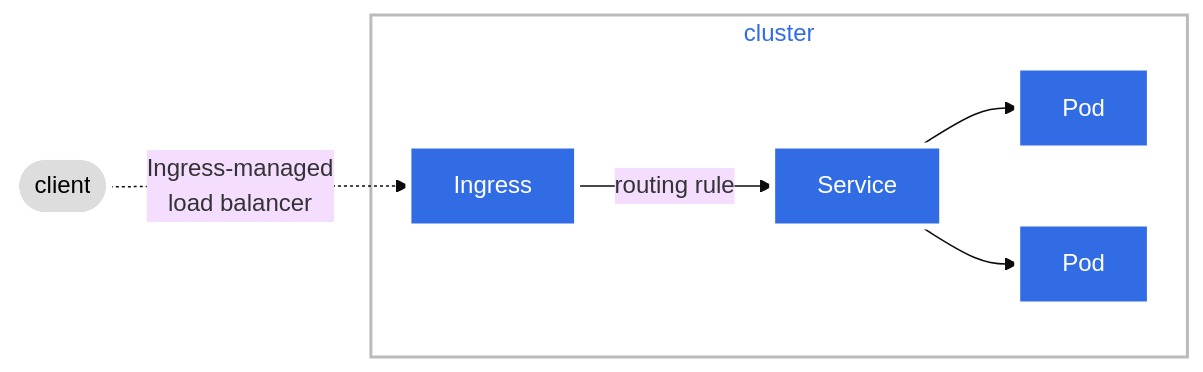
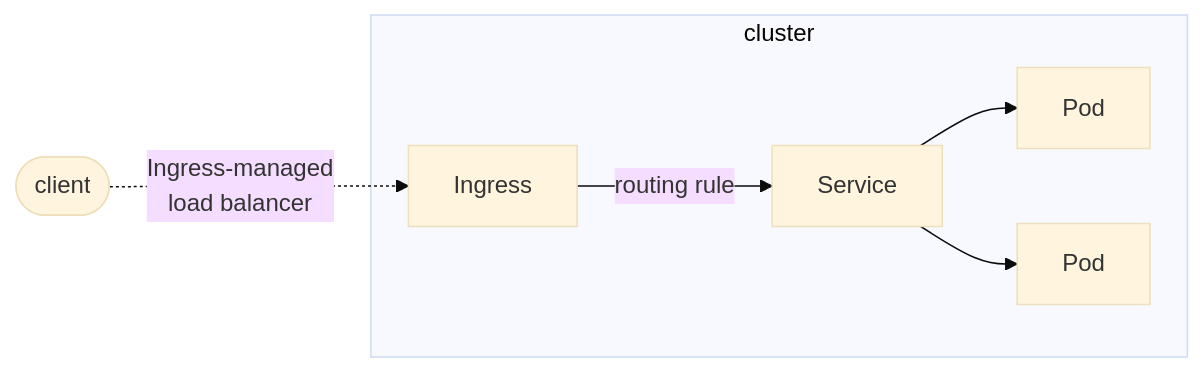
Before and after one commit to gazebo-web/cloudsim: the diagram in pkg/orchestrator/README.md, drawn with Mermaid (base theme).

Commit message:
Remove styles from mermaid graph.

````diff
--- a/pkg/orchestrator/README.md
+++ b/pkg/orchestrator/README.md
@@ -40,16 +40,10 @@
 ```mermaid
 graph LR;
   client([client])-. Ingress-managed <br> load balancer .->ingress[Ingress];
   ingress-->|routing rule|service[Service];
   subgraph cluster
   ingress;
   service-->pod1[Pod];
   service-->pod2[Pod];
   end
-  classDef plain fill:#ddd,stroke:#fff,stroke-width:4px,color:#000;
-  classDef k8s fill:#326ce5,stroke:#fff,stroke-width:4px,color:#fff;
-  classDef cluster fill:#fff,stroke:#bbb,stroke-width:2px,color:#326ce5;
-  class ingress,service,pod1,pod2 k8s;
-  class client plain;
-  class cluster cluster;
 ```
````
